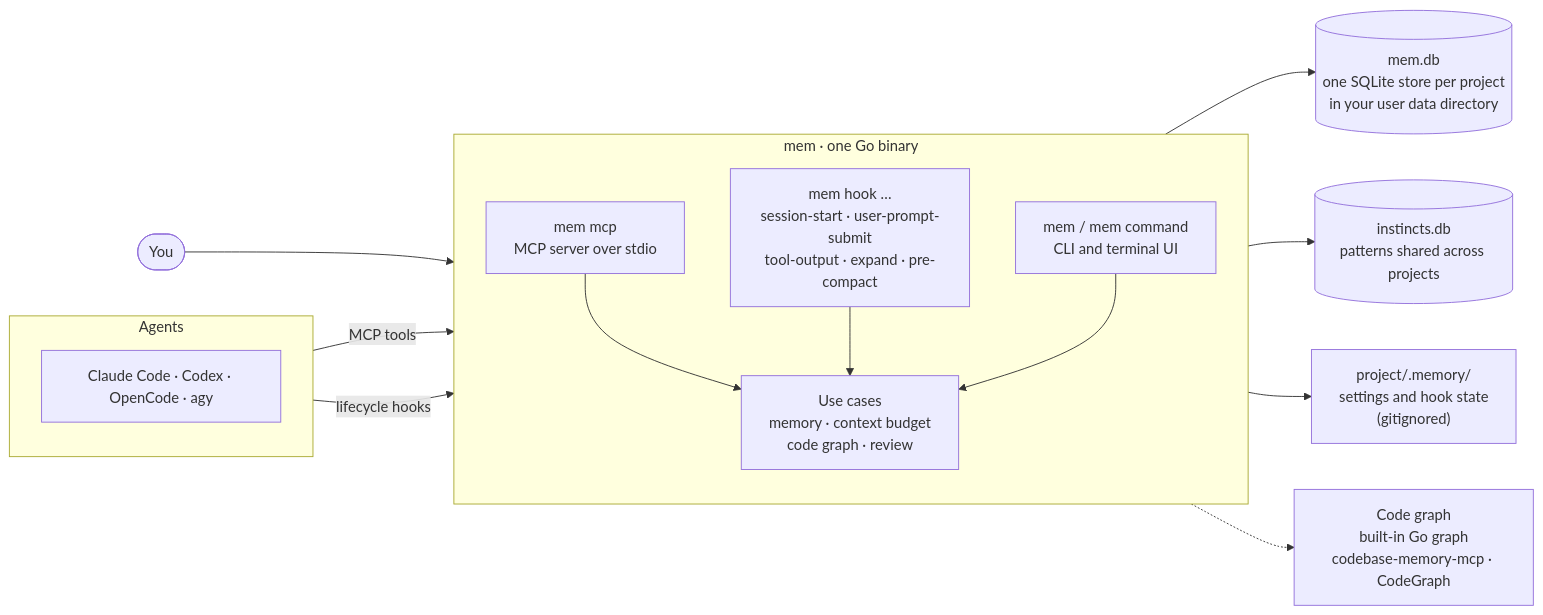
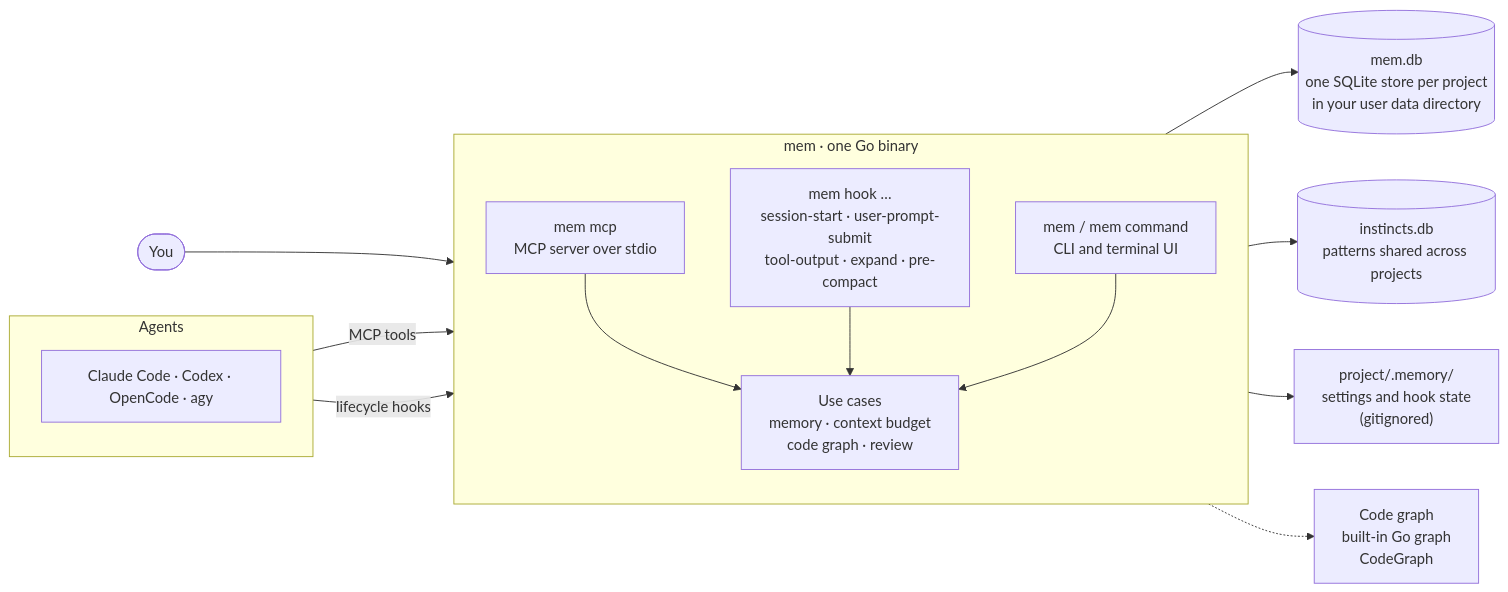
The diagram in README.md (Sayoner-000/gomemory), drawn with Mermaid before and after one commit. The commit also changed other lines of this file and 5 other files, not shown here.

````diff
--- a/README.md
+++ b/README.md
@@ -107,27 +116,27 @@
 ```mermaid
 flowchart LR
     subgraph agents [Agents]
         direction TB
         hooked["Claude Code · Codex · OpenCode · agy"]
     end
 
     subgraph mem [mem · one Go binary]
         direction TB
         mcp["mem mcp<br/>MCP server over stdio"]
         hook["mem hook …<br/>session-start · user-prompt-submit<br/>tool-output · expand · pre-compact"]
         cli["mem / mem command<br/>CLI and terminal UI"]
         core["Use cases<br/>memory · context budget<br/>code graph · review"]
         mcp --> core
         hook --> core
         cli --> core
     end
 
     hooked -- "MCP tools" --> mcp
     hooked -- "lifecycle hooks" --> hook
     you(["You"]) --> cli
 
     core --> db[("mem.db<br/>one SQLite store per project<br/>in your user data directory")]
     core --> instincts[("instincts.db<br/>patterns shared across projects")]
     core --> local["project/.memory/<br/>settings and hook state<br/>(gitignored)"]
-    core -.-> codegraph["Code graph<br/>built-in Go graph<br/>codebase-memory-mcp · CodeGraph"]
+    core -.-> codegraph["Code graph<br/>built-in Go graph<br/>CodeGraph"]
 ```
````
